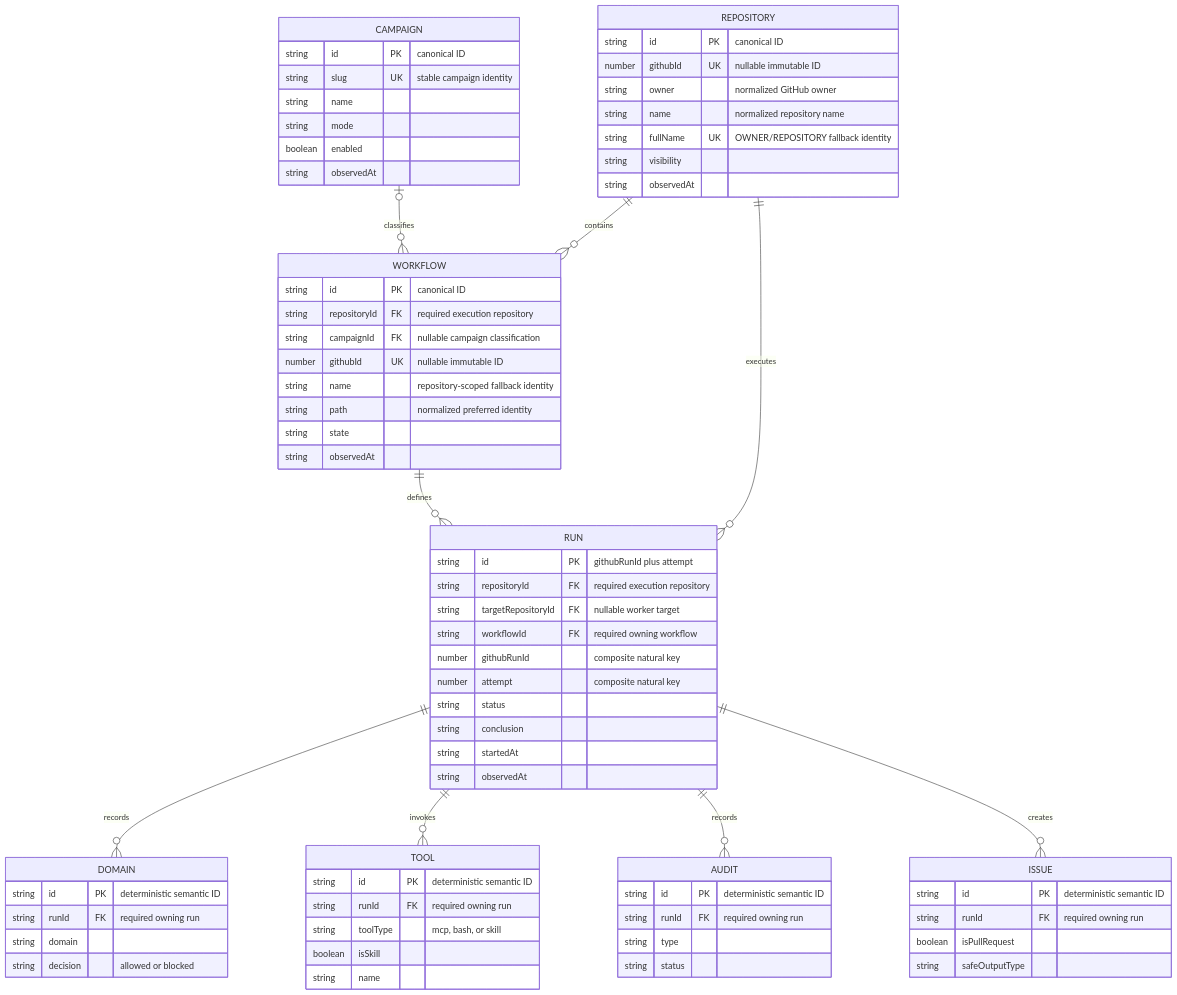
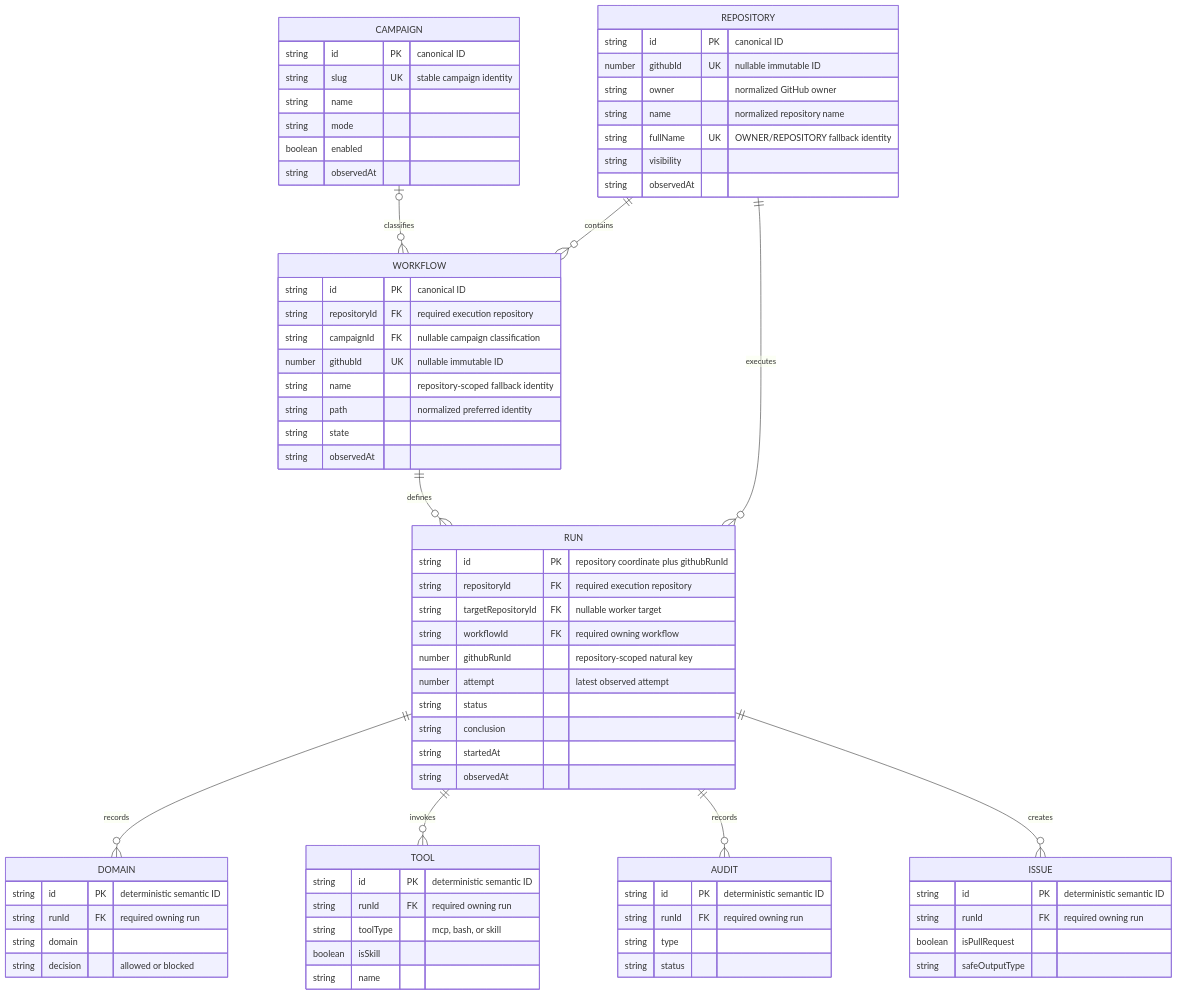
Before and after one commit to githubnext/gh-aw-cao: the second of 2 diagrams in specs/dashboard-data.md, drawn with Mermaid. The commit also changed other lines of this file and 5 other files, not shown here.

````diff
--- a/specs/dashboard-data.md
+++ b/specs/dashboard-data.md
@@ -768,76 +818,76 @@
 ```mermaid
 erDiagram
   CAMPAIGN o|--o{ WORKFLOW : classifies
   REPOSITORY ||--o{ WORKFLOW : contains
   REPOSITORY ||--o{ RUN : executes
   WORKFLOW ||--o{ RUN : defines
   RUN ||--o{ DOMAIN : records
   RUN ||--o{ TOOL : invokes
   RUN ||--o{ AUDIT : records
   RUN ||--o{ ISSUE : creates
 
   CAMPAIGN {
     string id PK "canonical ID"
     string slug UK "stable campaign identity"
     string name
     string mode
     boolean enabled
     string observedAt
   }
   REPOSITORY {
     string id PK "canonical ID"
     number githubId UK "nullable immutable ID"
     string owner "normalized GitHub owner"
     string name "normalized repository name"
     string fullName UK "OWNER/REPOSITORY fallback identity"
     string visibility
     string observedAt
   }
   WORKFLOW {
     string id PK "canonical ID"
     string repositoryId FK "required execution repository"
     string campaignId FK "nullable campaign classification"
     number githubId UK "nullable immutable ID"
     string name "repository-scoped fallback identity"
     string path "normalized preferred identity"
     string state
     string observedAt
   }
   RUN {
-    string id PK "githubRunId plus attempt"
+    string id PK "repository coordinate plus githubRunId"
     string repositoryId FK "required execution repository"
     string targetRepositoryId FK "nullable worker target"
     string workflowId FK "required owning workflow"
-    number githubRunId "composite natural key"
-    number attempt "composite natural key"
+    number githubRunId "repository-scoped natural key"
+    number attempt "latest observed attempt"
     string status
     string conclusion
     string startedAt
     string observedAt
   }
   DOMAIN {
     string id PK "deterministic semantic ID"
     string runId FK "required owning run"
     string domain
     string decision "allowed or blocked"
   }
   TOOL {
     string id PK "deterministic semantic ID"
     string runId FK "required owning run"
     string toolType "mcp, bash, or skill"
     boolean isSkill
     string name
   }
   AUDIT {
     string id PK "deterministic semantic ID"
     string runId FK "required owning run"
     string type
     string status
   }
   ISSUE {
     string id PK "deterministic semantic ID"
     string runId FK "required owning run"
     boolean isPullRequest
     string safeOutputType
   }
 ```
````
